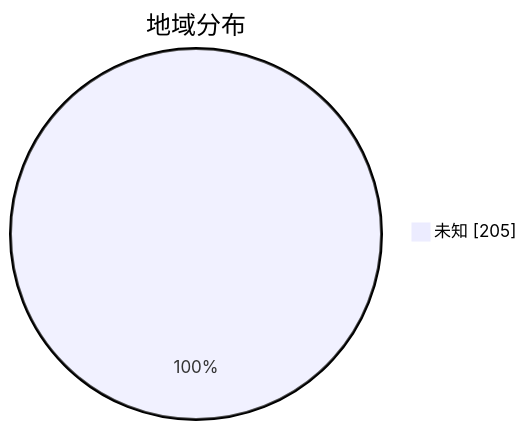
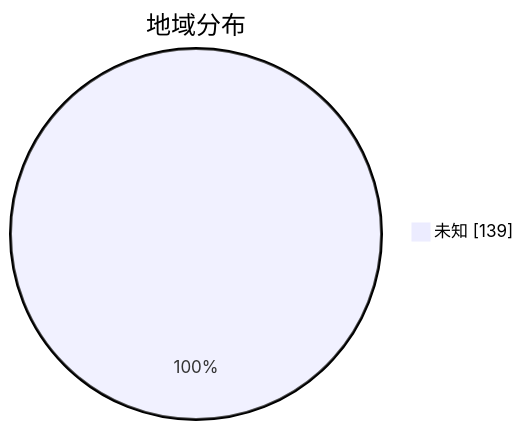
One commit to qjlxg/airport changed the second of 3 diagrams in subs/statistics/tested_within.md. Above: the diagram before and after it, drawn with Mermaid. The commit also changed other lines of this file and 2 other files, not shown here.

````diff
--- a/subs/statistics/tested_within.md
+++ b/subs/statistics/tested_within.md
@@ -12,5 +14,5 @@
 ```mermaid
 pie showData
 title 地域分布
-"未知" : 205
+"未知" : 139
 ```
````
